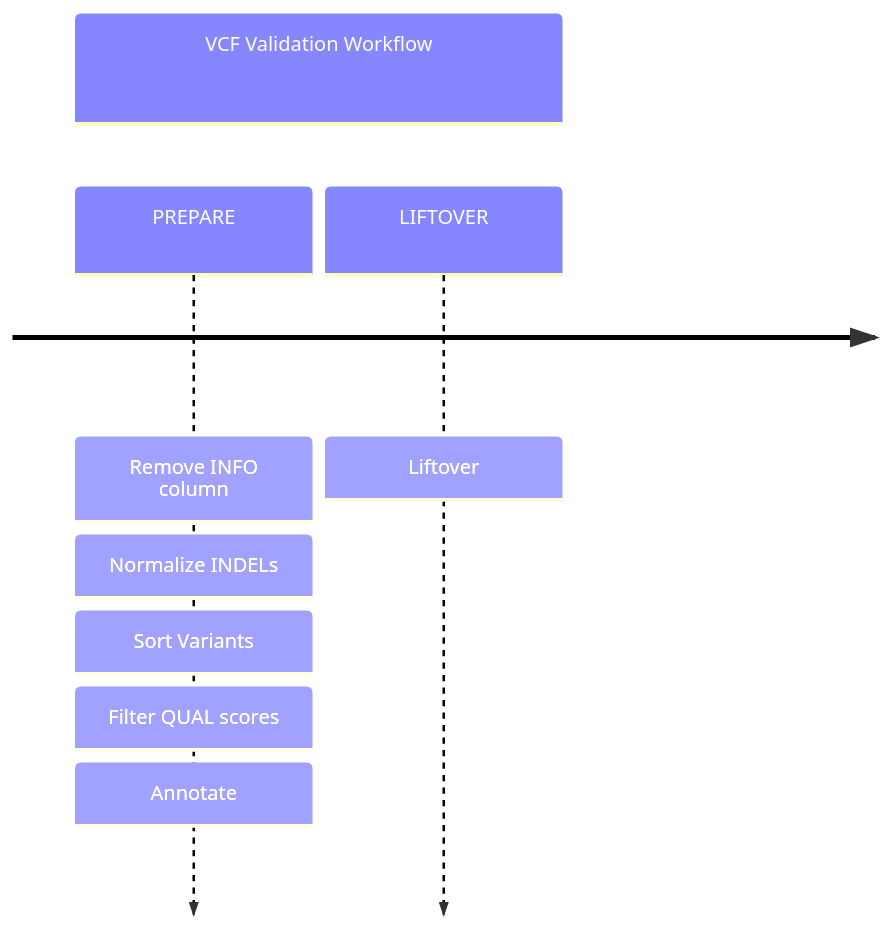
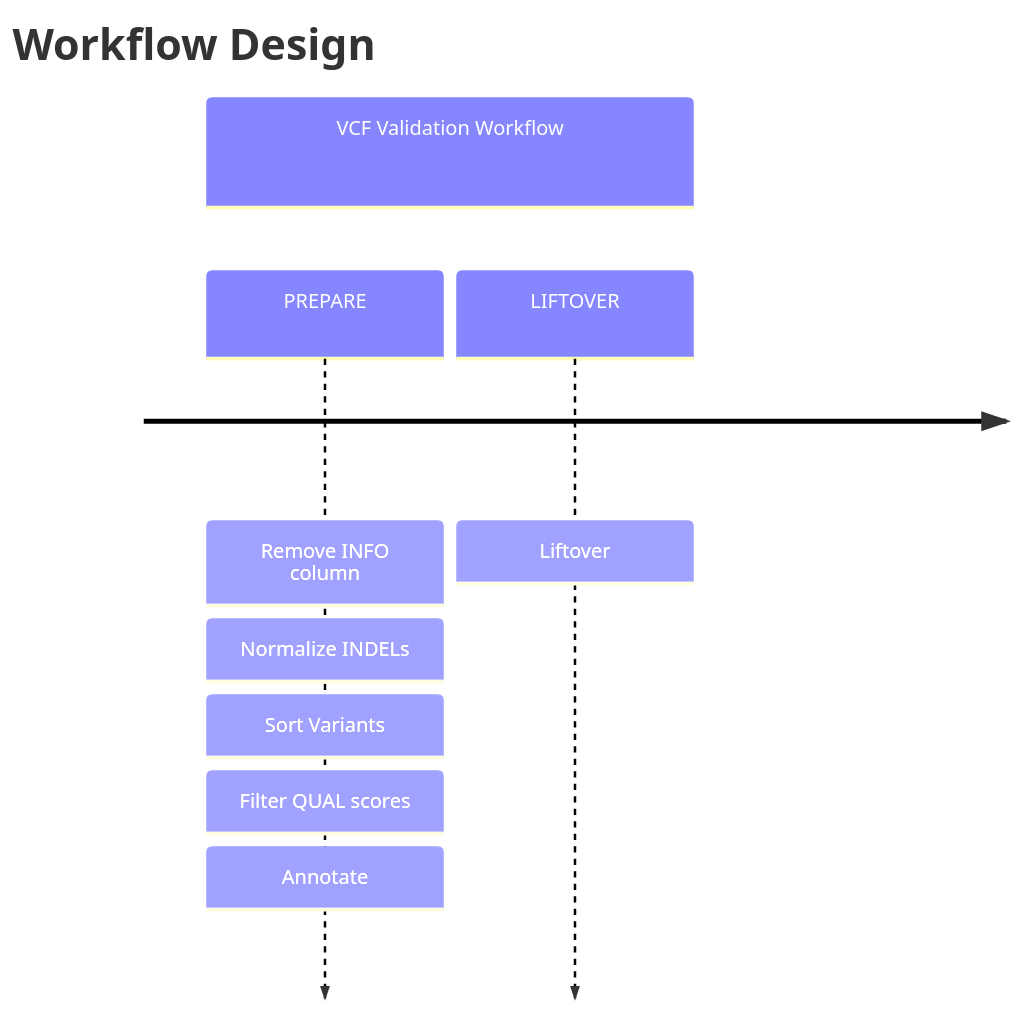
One commit to Tuks-ICMM/VCF-Validation-Workflow changed the diagram in docs/03-introduction/01-workflow-overview.md. Above: the diagram before and after it, drawn with Mermaid.

Commit message:
Included chart title

````diff
--- a/docs/03-introduction/01-workflow-overview.md
+++ b/docs/03-introduction/01-workflow-overview.md
@@ -31,6 +31,8 @@
 ```mermaid
 timeline
-  section VCF Validation Workflow
-      PREPARE : Remove INFO column : Normalize INDELs : Sort Variants: Filter QUAL scores: Annotate
-      LIFTOVER : Liftover
+    title Workflow Design
+
+    section VCF Validation Workflow
+        PREPARE : Remove INFO column : Normalize INDELs : Sort Variants: Filter QUAL scores: Annotate
+        LIFTOVER : Liftover
 ```
````
